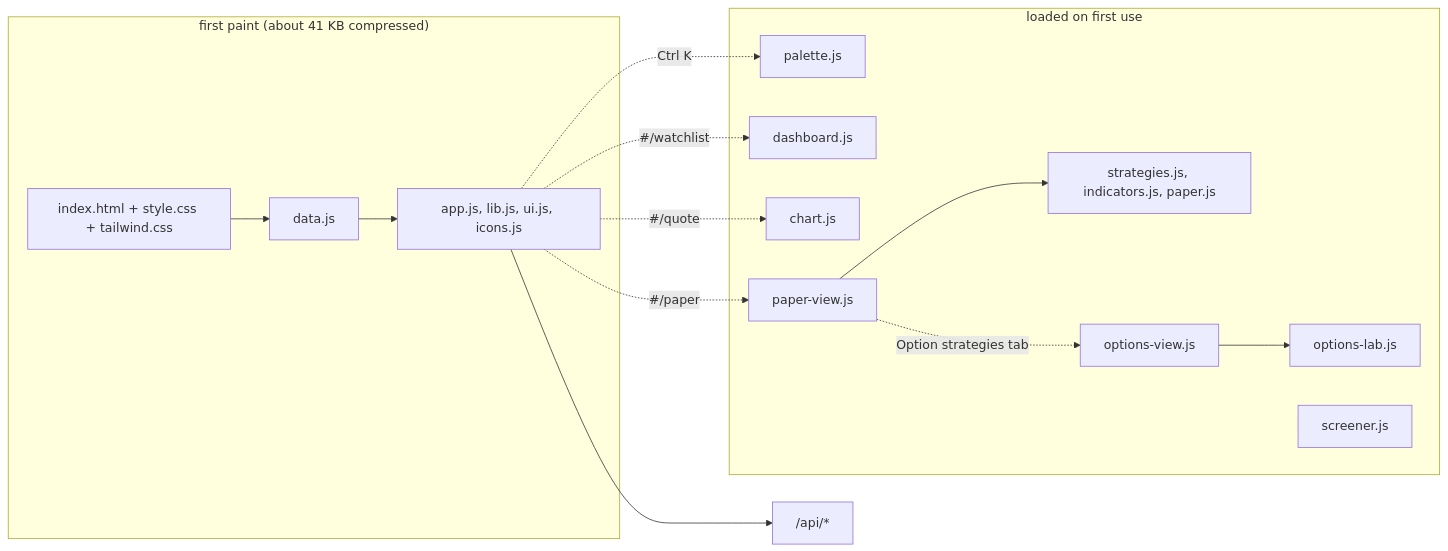
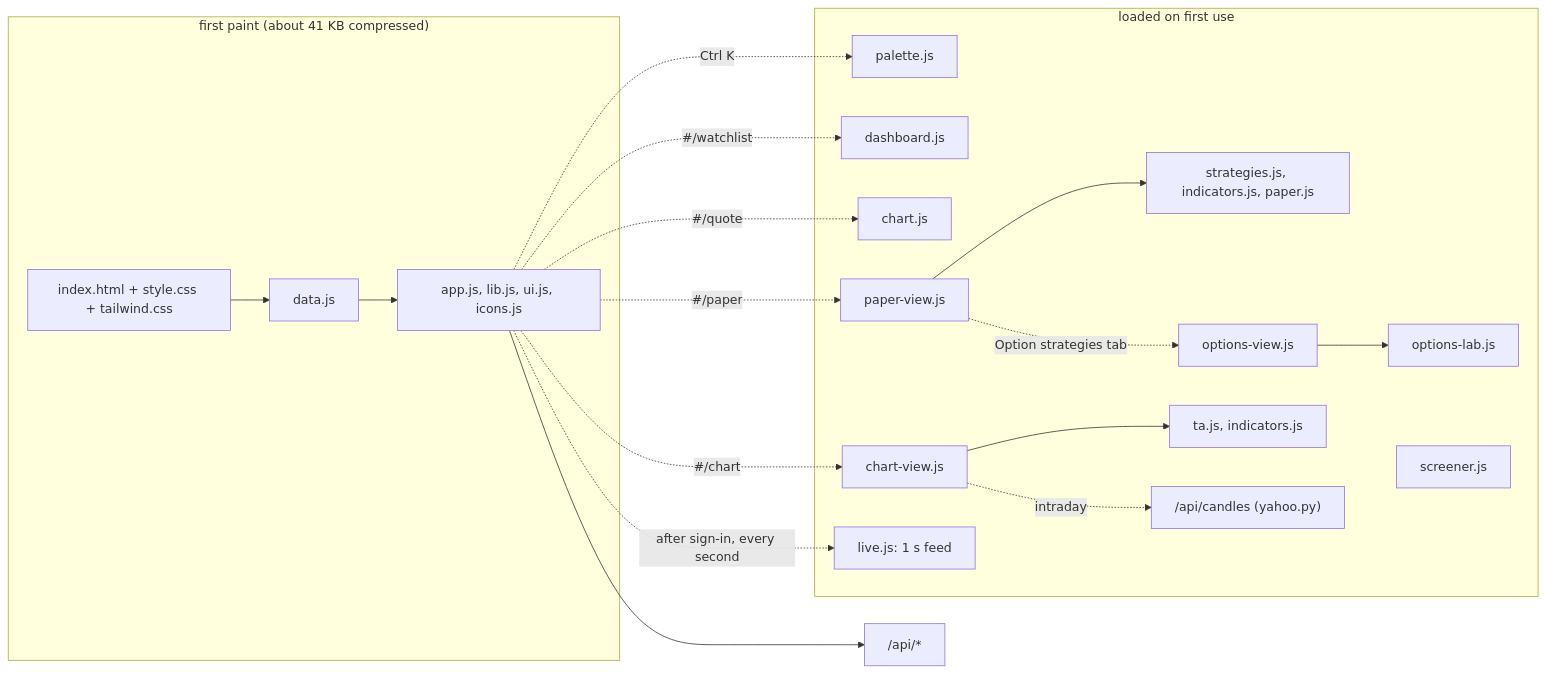
One commit to akash-8991/rea_marketwatch_app changed the third of 3 diagrams in docs/ARCHITECTURE.md. Above: the diagram before and after it, drawn with Mermaid. The commit also changed 14 other files, not shown here.

Commit message:
Docs: current history depth, architecture diagram with chart analysis and the live feed. Desktop 0.8.3, Android 0.11.3.

````diff
--- a/docs/ARCHITECTURE.md
+++ b/docs/ARCHITECTURE.md
@@ -93,14 +93,16 @@
 ```mermaid
 flowchart LR
   subgraph Eager["first paint (about 41 KB compressed)"]
     A[index.html + style.css + tailwind.css] --> B[data.js] --> C[app.js, lib.js, ui.js, icons.js]
   end
   subgraph Lazy["loaded on first use"]
-    P[palette.js] ; D[dashboard.js] ; H[chart.js] ; Pp[paper-view.js] --> S[strategies.js, indicators.js, paper.js] ; Pp -. "Option strategies tab" .-> Ov[options-view.js] --> Ol[options-lab.js] ; Sc[screener.js]
+    P[palette.js] ; D[dashboard.js] ; H[chart.js] ; Pp[paper-view.js] --> S[strategies.js, indicators.js, paper.js] ; Pp -. "Option strategies tab" .-> Ov[options-view.js] --> Ol[options-lab.js] ; Cv[chart-view.js] --> Ta[ta.js, indicators.js] ; Cv -. "intraday" .-> Yh["/api/candles (yahoo.py)"] ; Lv[live.js: 1 s feed] ; Sc[screener.js]
   end
   C -. "Ctrl K" .-> P
   C -. "#/watchlist" .-> D
   C -. "#/quote" .-> H
   C -. "#/paper" .-> Pp
+  C -. "#/chart" .-> Cv
+  C -. "after sign-in, every second" .-> Lv
   C --> API["/api/*"]
 ```
````
